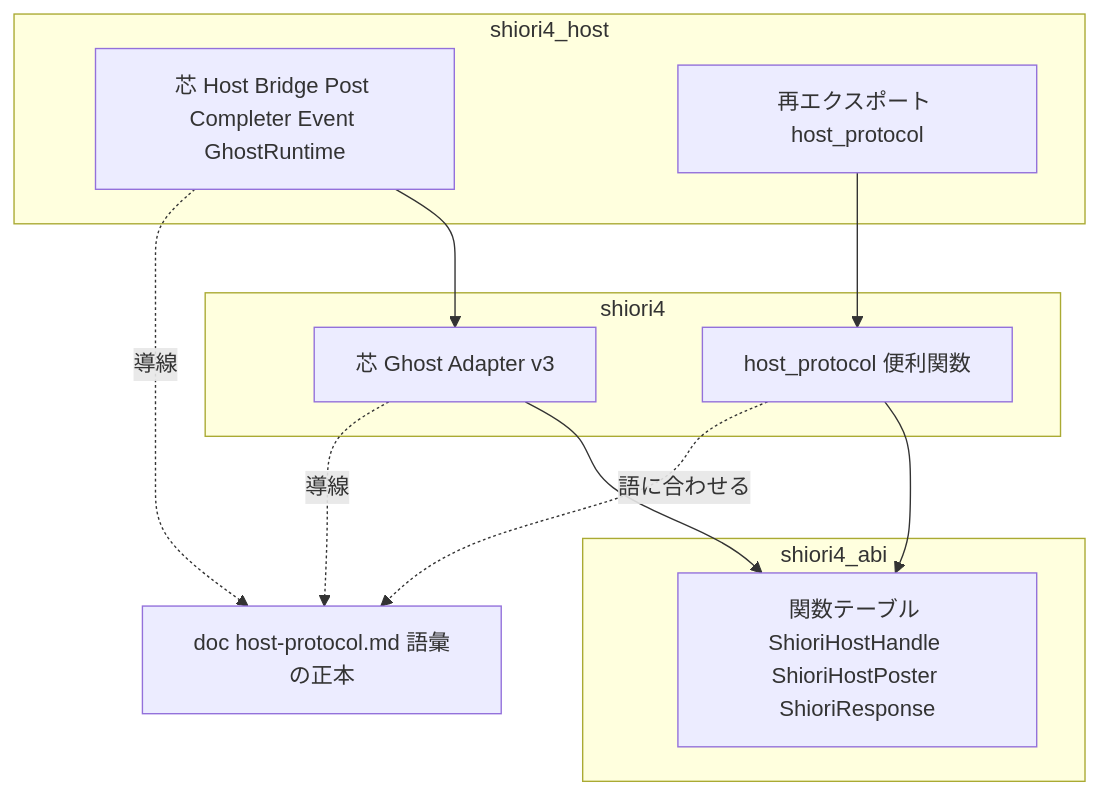
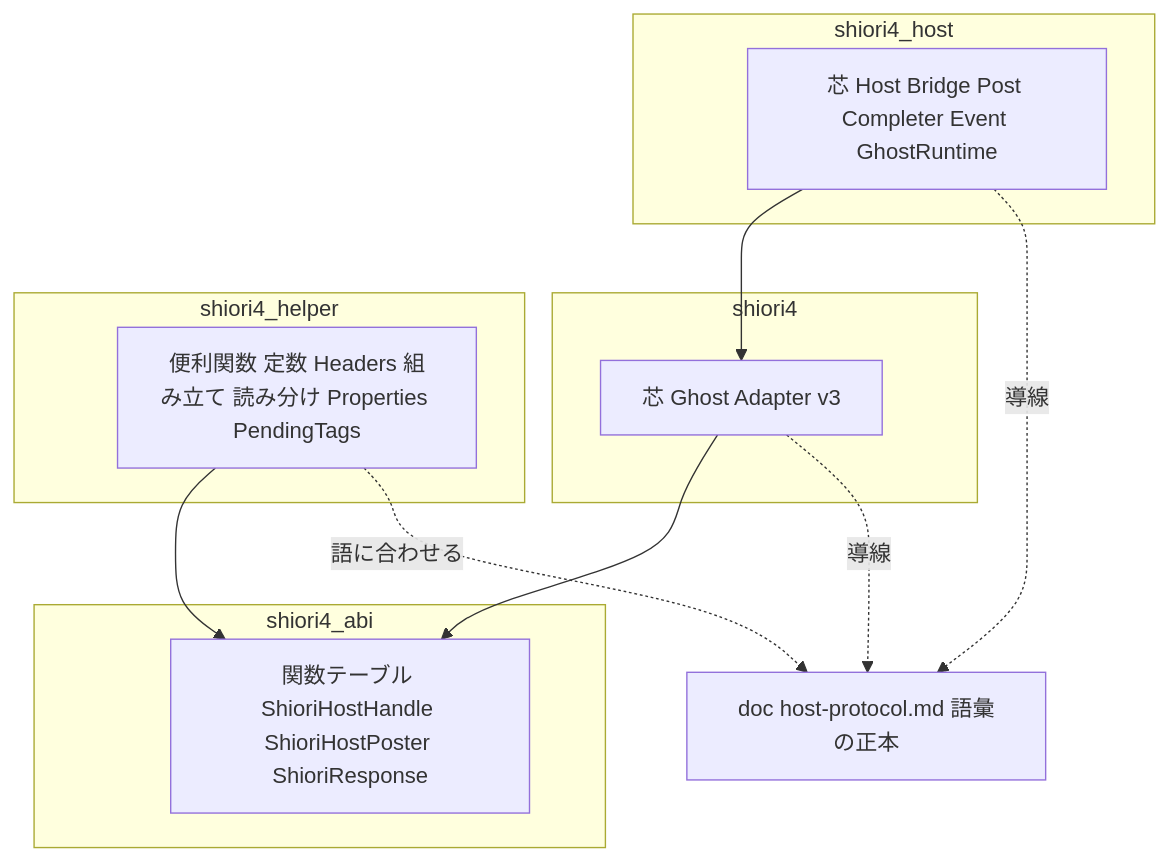
One commit to ekicyou/shiori4 changed the first of 3 diagrams in .kiro/specs/host-protocol/design.md. Above: the diagram before and after it, drawn with Mermaid. The commit also changed other lines of this file and 2 other files, not shown here.

Commit message:
docs(host-protocol): resolve design discussion #1 - shiori4_helper クレートを新設

````diff
--- a/.kiro/specs/host-protocol/design.md
+++ b/.kiro/specs/host-protocol/design.md
@@ -68,22 +68,22 @@
 ```mermaid
 graph TB
     subgraph Abi[shiori4_abi]
         AbiCore[関数テーブル ShioriHostHandle ShioriHostPoster ShioriResponse]
     end
     subgraph S4[shiori4]
         Core[芯 Ghost Adapter v3]
-        Proto[host_protocol 便利関数]
     end
     subgraph Host4[shiori4_host]
         HostCore[芯 Host Bridge Post Completer Event GhostRuntime]
-        Reexport[再エクスポート host_protocol]
+    end
+    subgraph Helper[shiori4_helper]
+        Proto[便利関数 定数 Headers 組み立て 読み分け Properties PendingTags]
     end
     Spec[doc host-protocol.md 語彙の正本]
     Core --> AbiCore
     Proto --> AbiCore
     HostCore --> Core
-    Reexport --> Proto
     Proto -.語に合わせる.-> Spec
     Core -.導線.-> Spec
     HostCore -.導線.-> Spec
 ```
````
